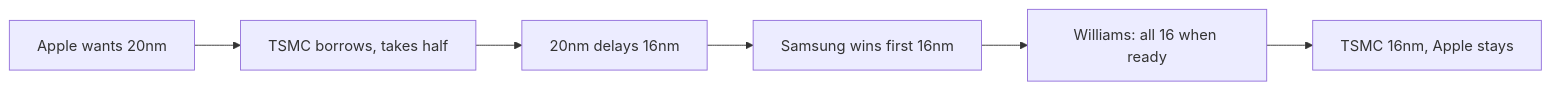
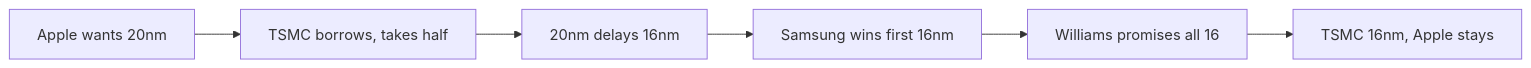
The second of 3 diagrams in content/tracks/acquired/ep02.md (jrajath94/ai-podcast-curriculum), drawn with Mermaid before and after one commit. The commit also changed other lines of this file, not shown here.

````diff
--- a/content/tracks/acquired/ep02.md
+++ b/content/tracks/acquired/ep02.md
@@ -139,8 +146,8 @@
 ```mermaid
 graph LR
     A[Apple wants 20nm] --> B[TSMC borrows, takes half]
     B --> C[20nm delays 16nm]
     C --> D[Samsung wins first 16nm]
-    D --> E[Williams: all 16 when ready]
+    D --> E[Williams promises all 16]
     E --> F[TSMC 16nm, Apple stays]
 ```
````
